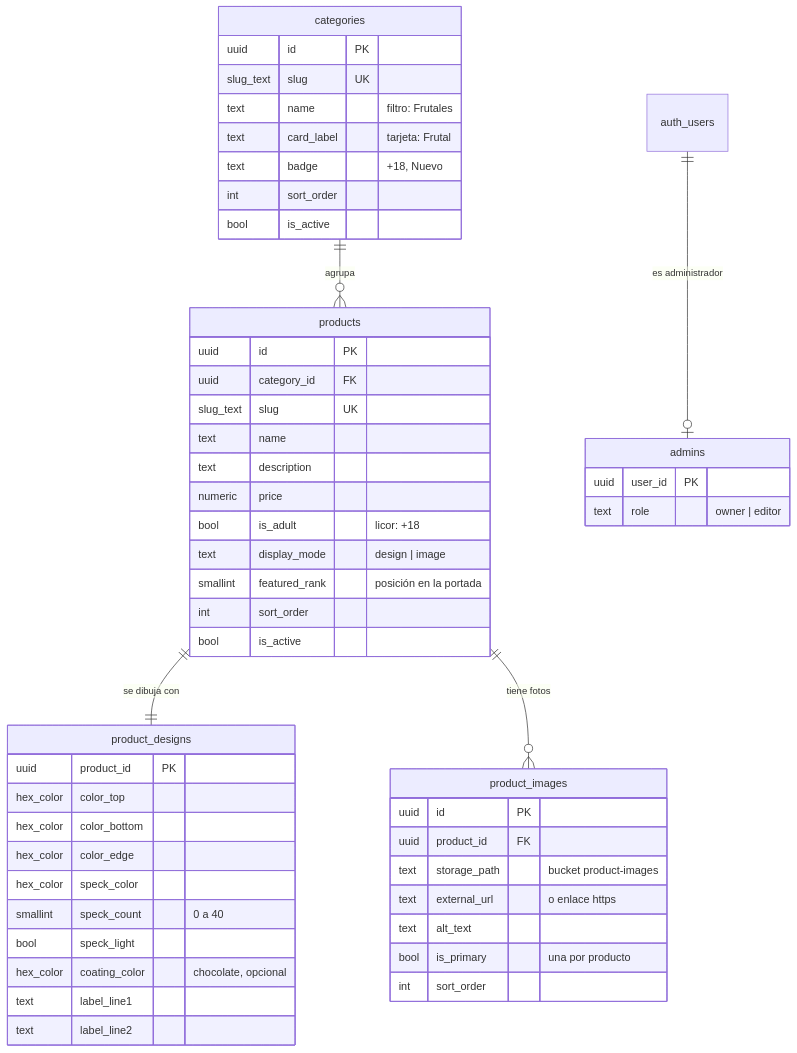
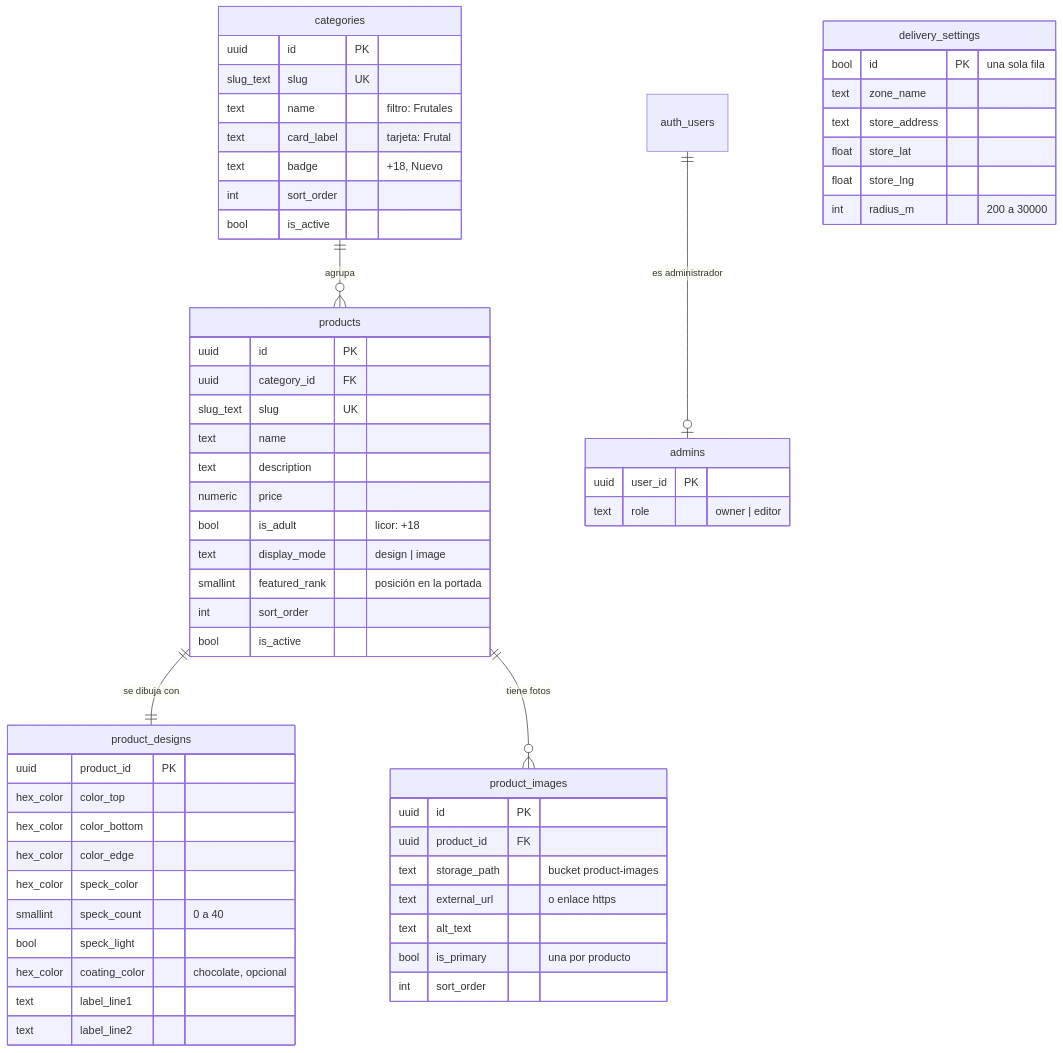
One commit to giovanni-pe/chup-fruit changed the diagram in README.md. Above: the diagram before and after it, drawn with Mermaid. The commit also changed other lines of this file and 19 other files, not shown here.

````diff
--- a/README.md
+++ b/README.md
@@ -12,55 +12,64 @@
 ```mermaid
 erDiagram
   categories ||--o{ products : "agrupa"
   products ||--|| product_designs : "se dibuja con"
   products ||--o{ product_images : "tiene fotos"
   auth_users ||--o| admins : "es administrador"
+
+  delivery_settings {
+    bool id PK "una sola fila"
+    text zone_name
+    text store_address
+    float store_lat
+    float store_lng
+    int radius_m "200 a 30000"
+  }
 
   categories {
     uuid id PK
     slug_text slug UK
     text name "filtro: Frutales"
     text card_label "tarjeta: Frutal"
     text badge "+18, Nuevo"
     int sort_order
     bool is_active
   }
   products {
     uuid id PK
     uuid category_id FK
     slug_text slug UK
     text name
     text description
     numeric price
     bool is_adult "licor: +18"
     text display_mode "design | image"
     smallint featured_rank "posición en la portada"
     int sort_order
     bool is_active
   }
   product_designs {
     uuid product_id PK
     hex_color color_top
     hex_color color_bottom
     hex_color color_edge
     hex_color speck_color
     smallint speck_count "0 a 40"
     bool speck_light
     hex_color coating_color "chocolate, opcional"
     text label_line1
     text label_line2
   }
   product_images {
     uuid id PK
     uuid product_id FK
     text storage_path "bucket product-images"
     text external_url "o enlace https"
     text alt_text
     bool is_primary "una por producto"
     int sort_order
   }
   admins {
     uuid user_id PK
     text role "owner | editor"
   }
 ```
````
